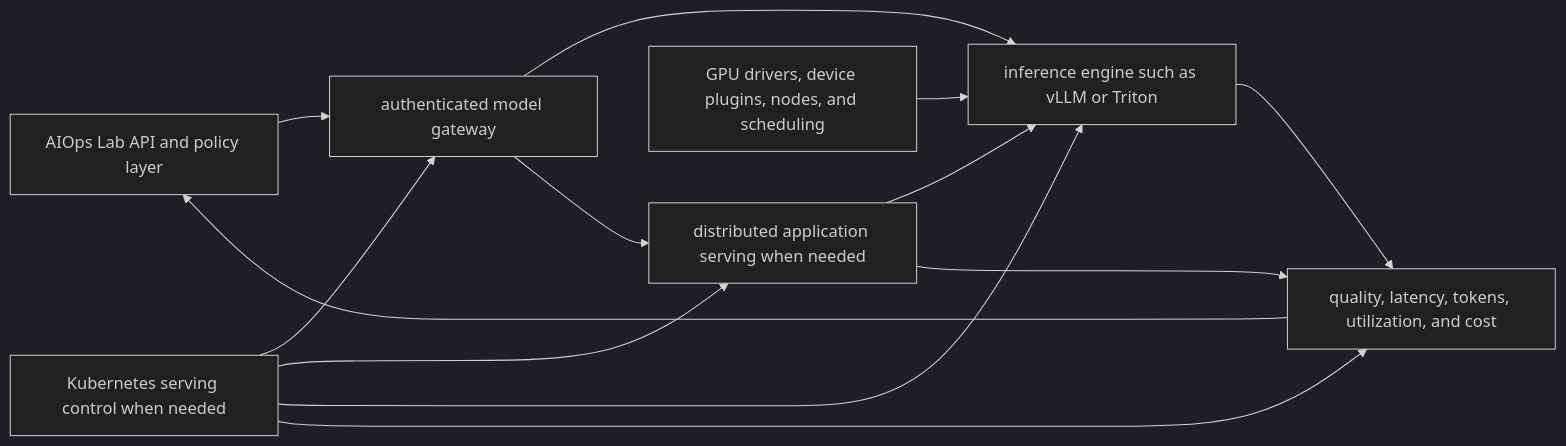
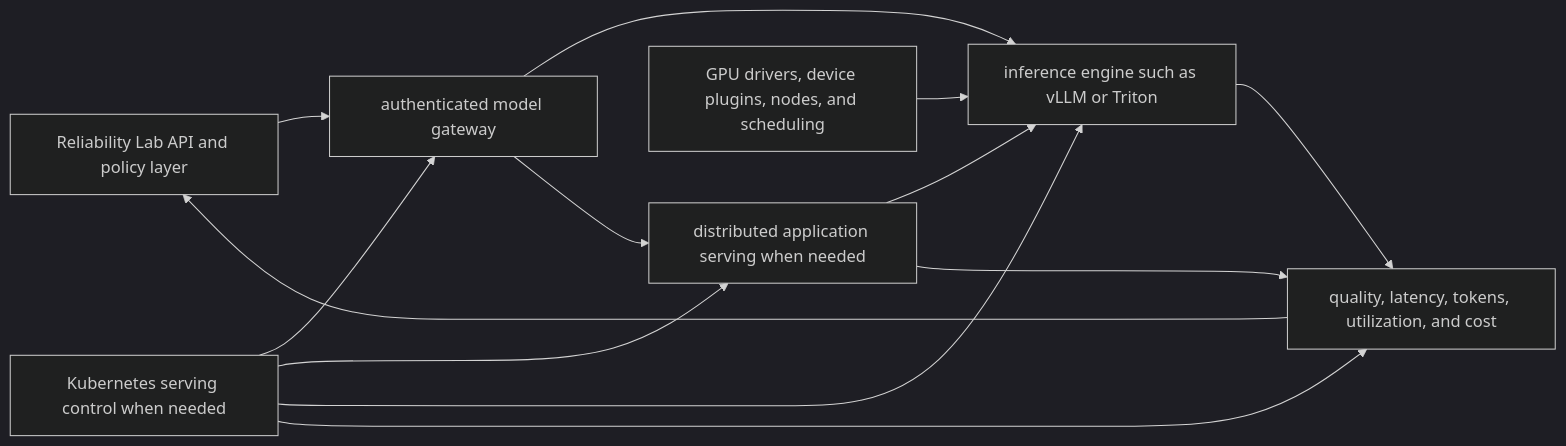
The diagram in docs/19-advanced-model-serving-roadmap.md (utkarshp845/AI-Infra-Starter-Kit), drawn with Mermaid (dark theme) before and after one commit. The commit also changed other lines of this file and 10 other files, not shown here.

Commit message:
docs: rename project to Reliability Lab

````diff
--- a/docs/19-advanced-model-serving-roadmap.md
+++ b/docs/19-advanced-model-serving-roadmap.md
@@ -38,15 +38,15 @@
 ```mermaid
 flowchart LR
-    product["AIOps Lab API and policy layer"] --> gateway["authenticated model gateway"]
+    product["Reliability Lab API and policy layer"] --> gateway["authenticated model gateway"]
     gateway --> engine["inference engine such as vLLM or Triton"]
     gateway --> appserve["distributed application serving when needed"]
     appserve --> engine
     platform["Kubernetes serving control when needed"] --> gateway
     platform --> appserve
     platform --> engine
     gpu["GPU drivers, device plugins, nodes, and scheduling"] --> engine
     telemetry["quality, latency, tokens, utilization, and cost"] --> product
     engine --> telemetry
     appserve --> telemetry
     platform --> telemetry
 ```
````
